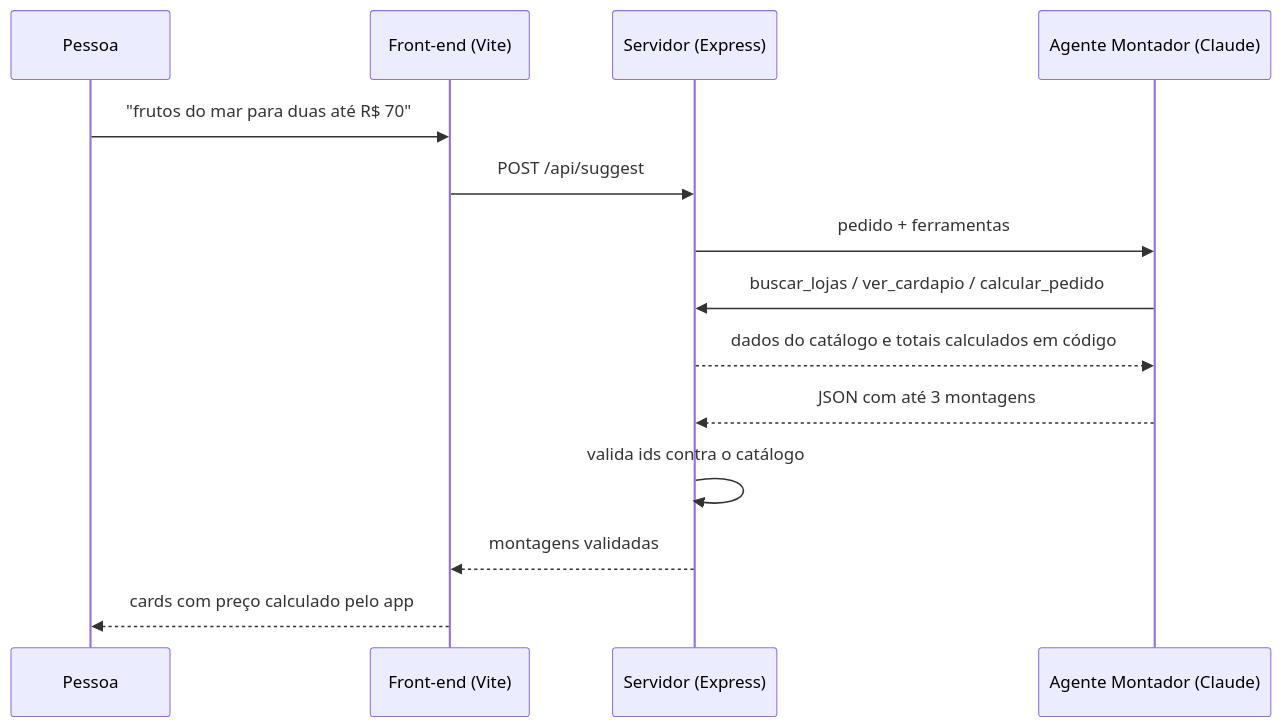
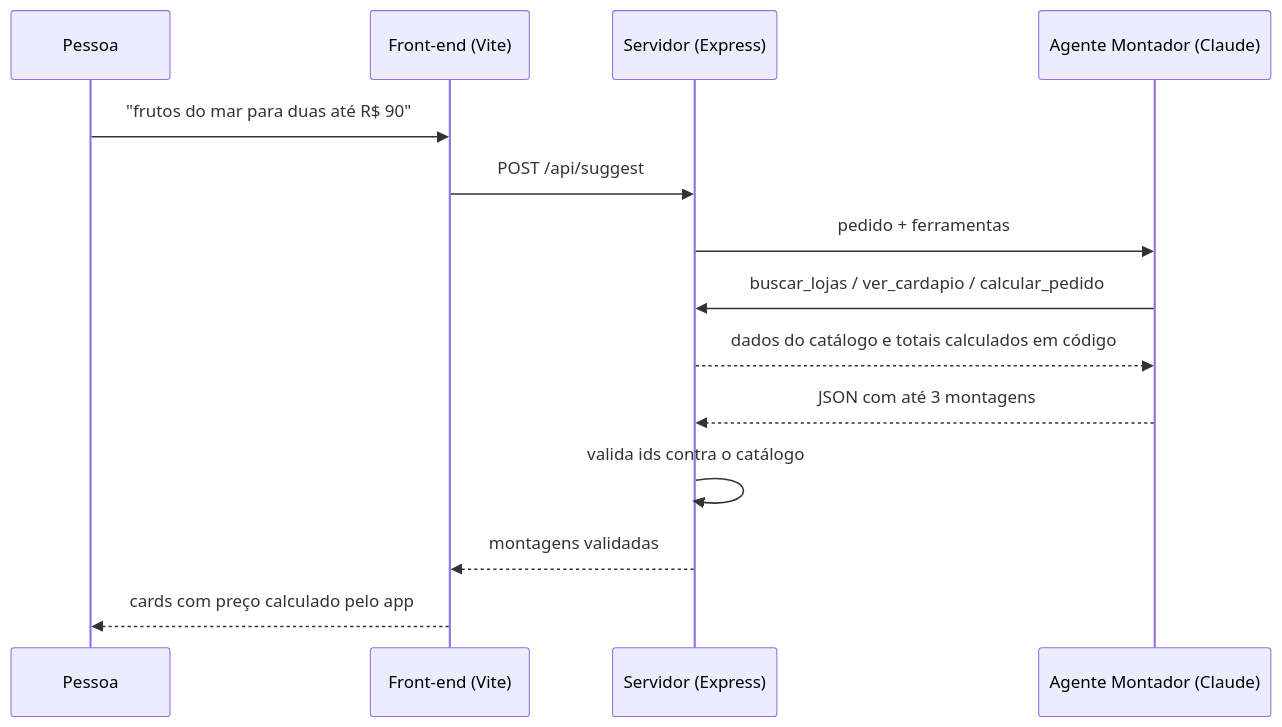
One commit to IsadoraRibeiro20/multicarrinho-ia changed the diagram in README.md. Above: the diagram before and after it, drawn with Mermaid. The commit also changed other lines of this file and 3 other files, not shown here.

````diff
--- a/README.md
+++ b/README.md
@@ -25,16 +25,16 @@
 ```mermaid
 sequenceDiagram
     participant U as Pessoa
     participant W as Front-end (Vite)
     participant S as Servidor (Express)
     participant A as Agente Montador (Claude)
-    U->>W: "frutos do mar para duas até R$ 70"
+    U->>W: "frutos do mar para duas até R$ 90"
     W->>S: POST /api/suggest
     S->>A: pedido + ferramentas
     A->>S: buscar_lojas / ver_cardapio / calcular_pedido
     S-->>A: dados do catálogo e totais calculados em código
     A-->>S: JSON com até 3 montagens
     S->>S: valida ids contra o catálogo
     S-->>W: montagens validadas
     W-->>U: cards com preço calculado pelo app
 ```
````
